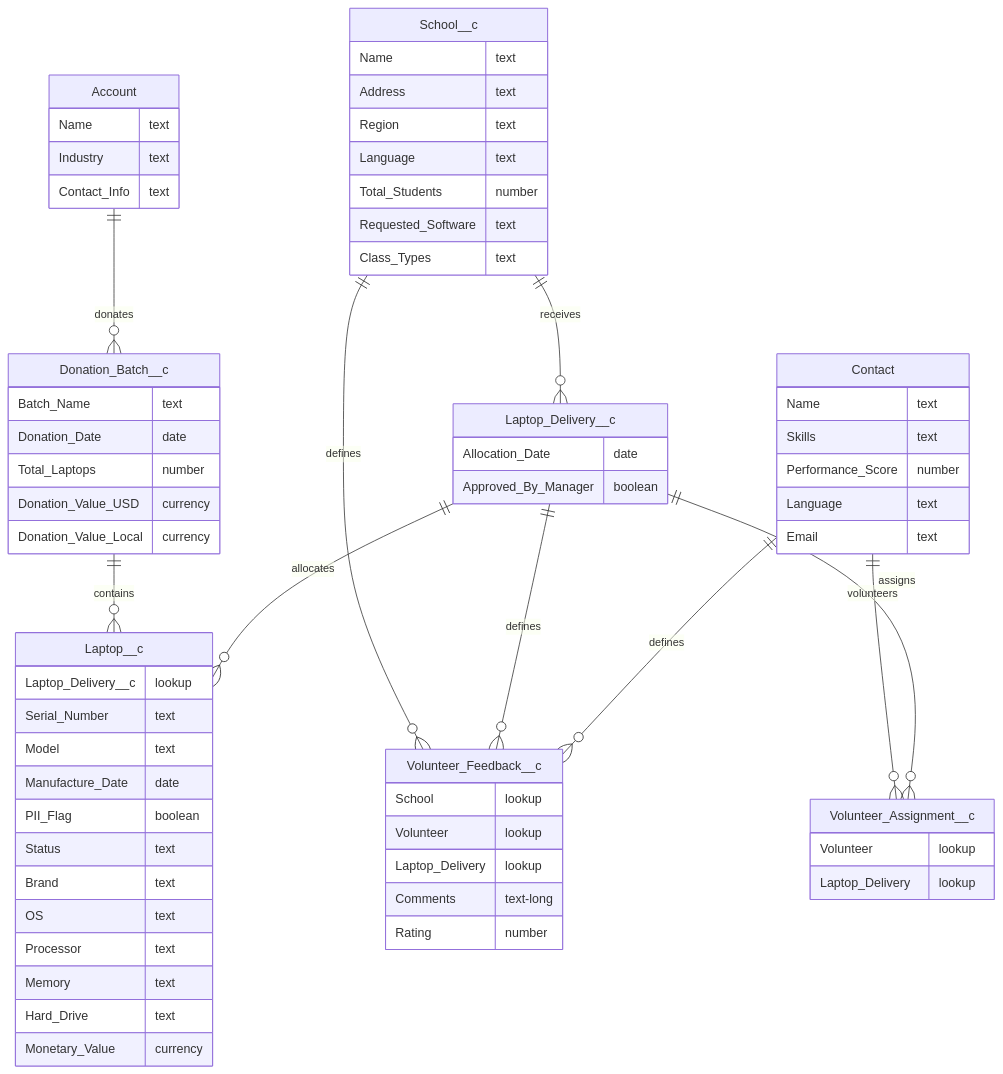
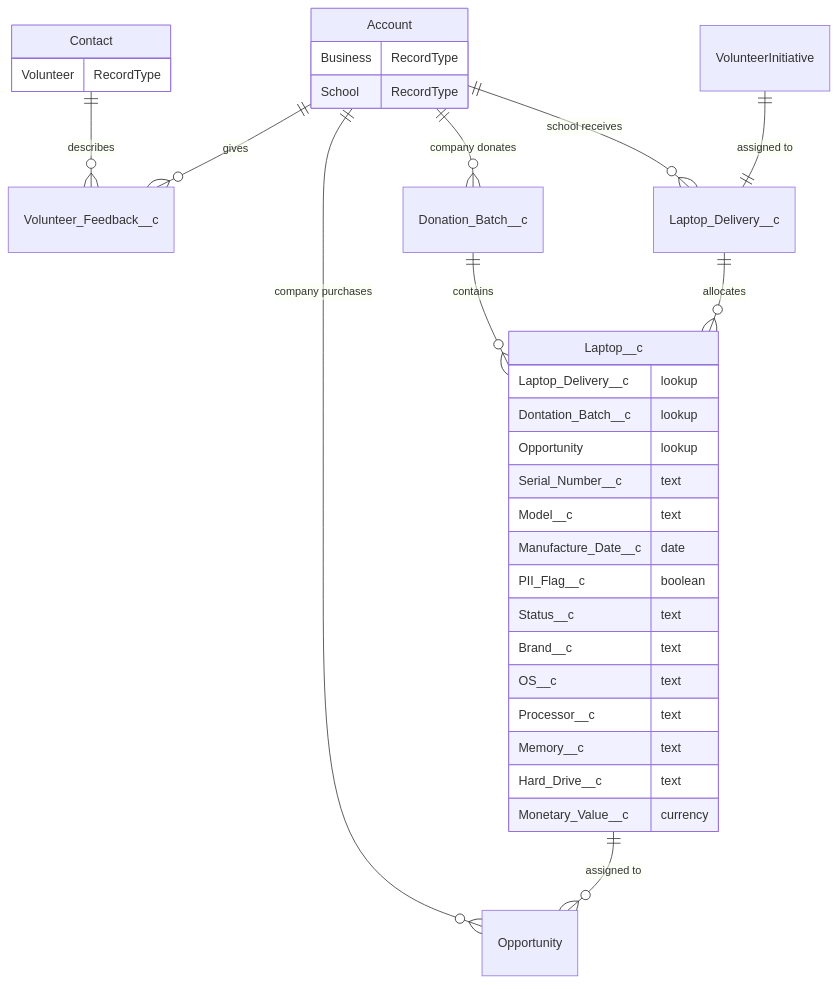
One commit to matthew-zolp/Laptops2Schools changed the diagram in L2S_SalesforceObjectModel.md. Above: the diagram before and after it, drawn with Mermaid. The commit also changed 4 other files, not shown here.

````diff
--- a/L2S_SalesforceObjectModel.md
+++ b/L2S_SalesforceObjectModel.md
@@ -1,69 +1,50 @@
 ```mermaid
 erDiagram
     Account {
-        Name text
-        Industry text
-        Contact_Info text
+        Business RecordType
+        School RecordType
+    }
+    Contact{
+        Volunteer RecordType
+    }
+
+    Volunteer_Feedback__c
+
+    Opportunity{
+
     }
     Donation_Batch__c {
-        Batch_Name text
-        Donation_Date date
-        Total_Laptops number
-        Donation_Value_USD currency
-        Donation_Value_Local currency
+
     }
     Laptop__c {
         Laptop_Delivery__c lookup
-        Serial_Number text
-        Model text
-        Manufacture_Date date
-        PII_Flag boolean
-        Status text
-        Brand text
-        OS text
-        Processor text
-        Memory text
-        Hard_Drive text
-        Monetary_Value currency
-    }
-    School__c {
-        Name text
-        Address text
-        Region text
-        Language text
-        Total_Students number
-        Requested_Software text
-        Class_Types text
+        Dontation_Batch__c lookup
+        Opportunity lookup
+        Serial_Number__c text
+        Model__c text
+        Manufacture_Date__c date
+        PII_Flag__c boolean
+        Status__c text
+        Brand__c text
+        OS__c text
+        Processor__c text
+        Memory__c text
+        Hard_Drive__c text
+        Monetary_Value__c currency
     }
     Laptop_Delivery__c {
-        Allocation_Date date
-        Approved_By_Manager boolean
     }
-    Contact {
-        Name text
-        Skills text
-        Performance_Score number
-        Language text
-        Email text
+
+    VolunteerInitiative {
     }
-    Volunteer_Assignment__c {
-        Volunteer lookup
-        Laptop_Delivery lookup
-    }
-    Volunteer_Feedback__c {
-    School lookup
-    Volunteer lookup
-    Laptop_Delivery lookup
-    Comments text-long
-    Rating number
-    }
-    Account ||--o{ Donation_Batch__c : donates
+
+    Account ||--o{ Donation_Batch__c : "company donates"
+    Account ||--o{ Opportunity : "company purchases"
     Donation_Batch__c ||--o{ Laptop__c : contains
-    School__c ||--o{ Volunteer_Feedback__c : defines
-    Laptop_Delivery__c ||--o{ Volunteer_Feedback__c : defines
-    School__c ||--o{ Laptop_Delivery__c : receives
-    Contact ||--o{ Volunteer_Feedback__c : defines
+    Account ||--o{ Laptop_Delivery__c : "school receives"
     Laptop_Delivery__c ||--o{ Laptop__c : allocates
-    Contact ||--o{ Volunteer_Assignment__c : volunteers
-    Laptop_Delivery__c ||--o{ Volunteer_Assignment__c : assigns
+    VolunteerInitiative ||--|| Laptop_Delivery__c : "assigned to"
+    Laptop__c ||--o{ Opportunity : "assigned to"
+    Contact ||--o{ Volunteer_Feedback__c : "describes"
+    Account ||--o{ Volunteer_Feedback__c : "gives"
 ```
````
